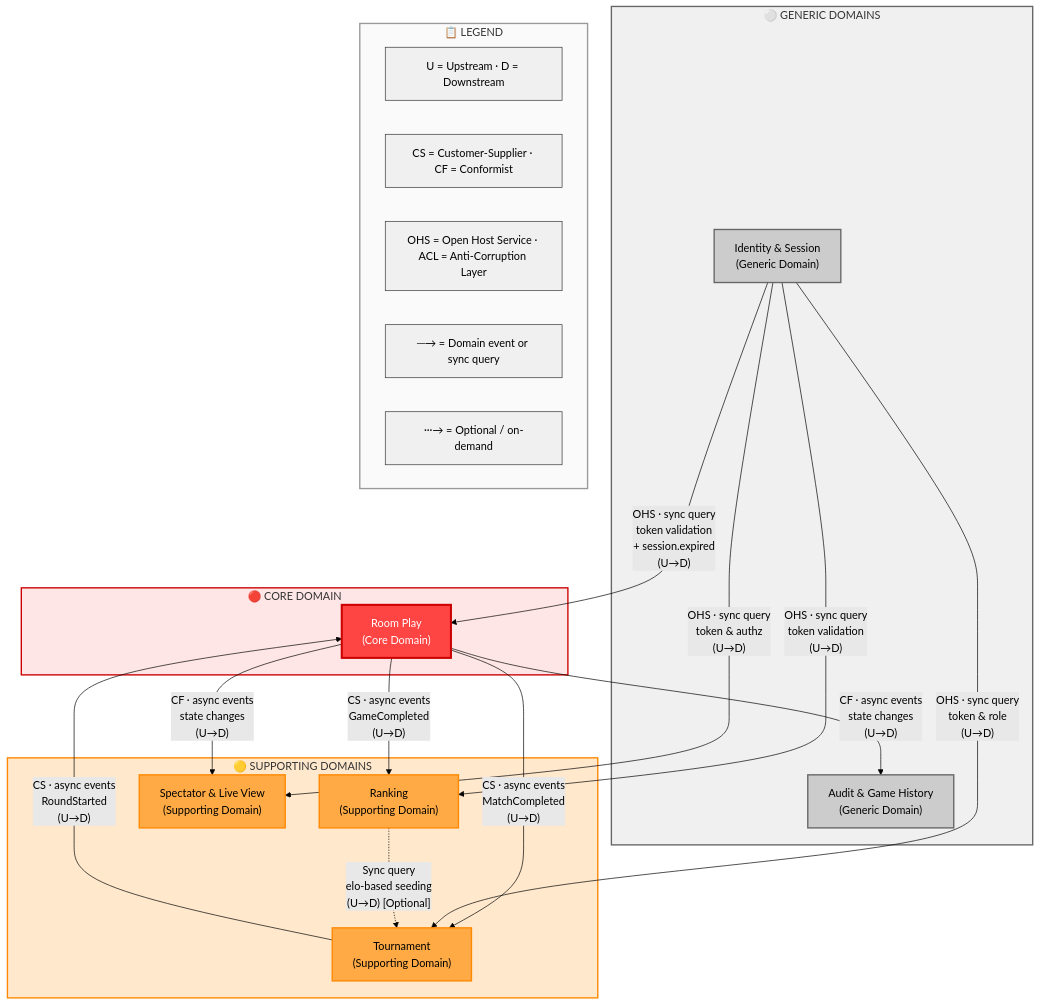
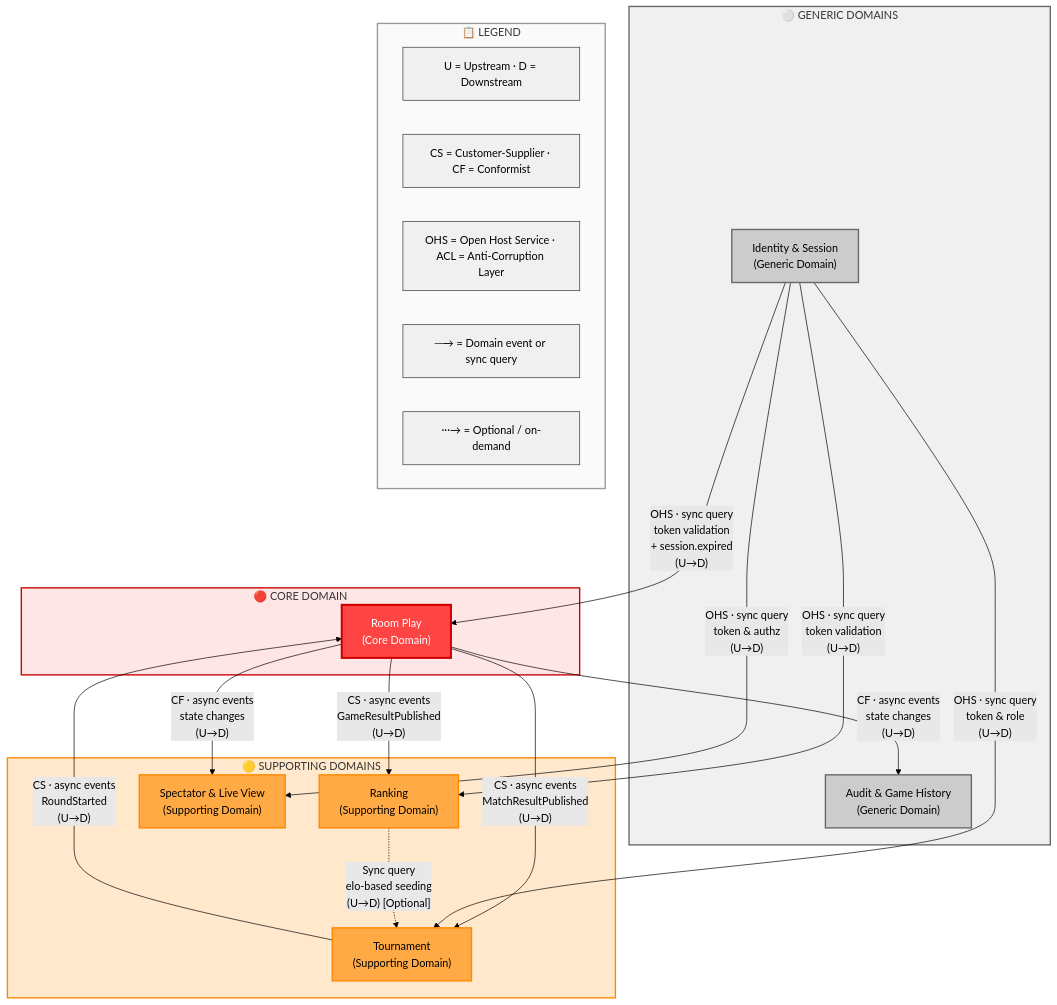
The diagram in DESIGN.md (julietaTechenski/TP-microservicios), drawn with Mermaid (forest theme) before and after one commit. The commit also changed other lines of this file, not shown here.

````diff
--- a/DESIGN.md
+++ b/DESIGN.md
@@ -208,59 +218,59 @@
 ```mermaid
 flowchart TB
     subgraph Core["🔴 CORE DOMAIN"]
         RoomPlay["Room Play<br/>(Core Domain)"]
         style RoomPlay fill:#ff4444,stroke:#cc0000,color:#fff,stroke-width:3px
     end
 
     subgraph Supporting["🟡 SUPPORTING DOMAINS"]
         Tournament["Tournament<br/>(Supporting Domain)"]
         Ranking["Ranking<br/>(Supporting Domain)"]
         Spectator["Spectator & Live View<br/>(Supporting Domain)"]
         style Tournament fill:#ffaa44,stroke:#ff8800,color:#000,stroke-width:2px
         style Ranking fill:#ffaa44,stroke:#ff8800,color:#000,stroke-width:2px
         style Spectator fill:#ffaa44,stroke:#ff8800,color:#000,stroke-width:2px
     end
 
     subgraph Generic["⚪ GENERIC DOMAINS"]
         Audit["Audit & Game History<br/>(Generic Domain)"]
         Identity["Identity & Session<br/>(Generic Domain)"]
         style Audit fill:#cccccc,stroke:#666666,color:#000,stroke-width:2px
         style Identity fill:#cccccc,stroke:#666666,color:#000,stroke-width:2px
     end
 
     %% Room Play → downstream (async domain events)
-    RoomPlay -->|"CS · async events<br/>MatchCompleted<br/>(U→D)"| Tournament
-    RoomPlay -->|"CS · async events<br/>GameCompleted<br/>(U→D)"| Ranking
+    RoomPlay -->|"CS · async events<br/>MatchResultPublished<br/>(U→D)"| Tournament
+    RoomPlay -->|"CS · async events<br/>GameResultPublished<br/>(U→D)"| Ranking
     RoomPlay -->|"CF · async events<br/>state changes<br/>(U→D)"| Spectator
     RoomPlay -->|"CF · async events<br/>state changes<br/>(U→D)"| Audit
 
     %% Tournament → Room Play (room creation for rounds)
     Tournament -->|"CS · async events<br/>RoundStarted<br/>(U→D)"| RoomPlay
 
     %% Identity → consumers (auth, consulted via OHS)
     Identity -->|"OHS · sync query<br/>token validation<br/>+ session.expired<br/>(U→D)"| RoomPlay
     Identity -->|"OHS · sync query<br/>token & authz<br/>(U→D)"| Spectator
     Identity -->|"OHS · sync query<br/>token & role<br/>(U→D)"| Tournament
     Identity -->|"OHS · sync query<br/>token validation<br/>(U→D)"| Ranking
 
     %% Ranking → Tournament (optional seeding query)
     Ranking -.->|"Sync query<br/>elo-based seeding<br/>(U→D) [Optional]"| Tournament
 
     subgraph Legend["📋 LEGEND"]
         L1["U = Upstream · D = Downstream"]
         L2["CS = Customer-Supplier · CF = Conformist"]
         L3["OHS = Open Host Service · ACL = Anti-Corruption Layer"]
         L4["─→ = Domain event or sync query"]
         L5["···→ = Optional / on-demand"]
         style L1 fill:#f0f0f0,stroke:#333,color:#000
         style L2 fill:#f0f0f0,stroke:#333,color:#000
         style L3 fill:#f0f0f0,stroke:#333,color:#000
         style L4 fill:#f0f0f0,stroke:#333,color:#000
         style L5 fill:#f0f0f0,stroke:#333,color:#000
     end
 
     style Core fill:#ffe6e6,stroke:#cc0000,stroke-width:2px
     style Supporting fill:#ffe8cc,stroke:#ff8800,stroke-width:2px
     style Generic fill:#f0f0f0,stroke:#666666,stroke-width:2px
     style Legend fill:#fafafa,stroke:#999,stroke-width:2px
 ```
````
